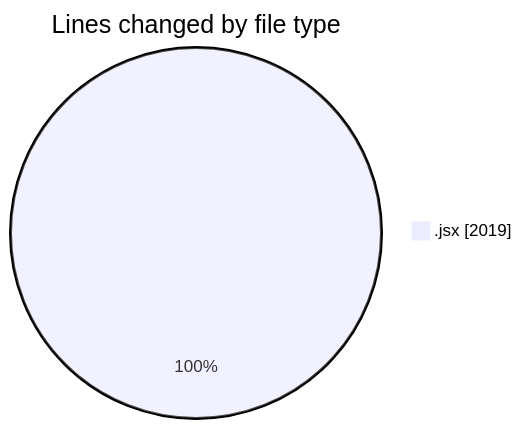
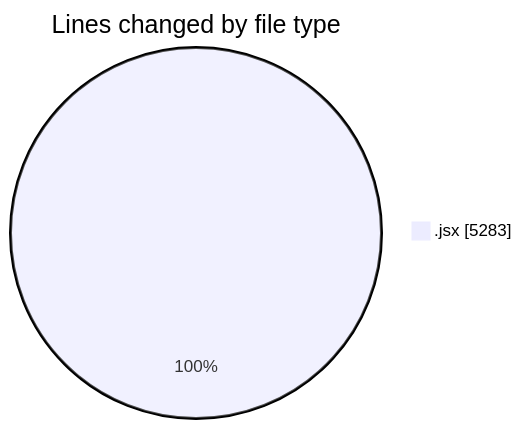
The first of 2 diagrams in 2025-05-26/nxtqube_webapp/README.md (nxtqubesakshisongat/code-tracking), drawn with Mermaid before and after one commit. The commit also changed other lines of this file and 1 other file, not shown here.

````diff
--- a/2025-05-26/nxtqube_webapp/README.md
+++ b/2025-05-26/nxtqube_webapp/README.md
@@ -21,5 +22,5 @@
 ```mermaid
 pie showData
 title Lines changed by file type
-".jsx" : 2019
+".jsx" : 5283
 ```
````
